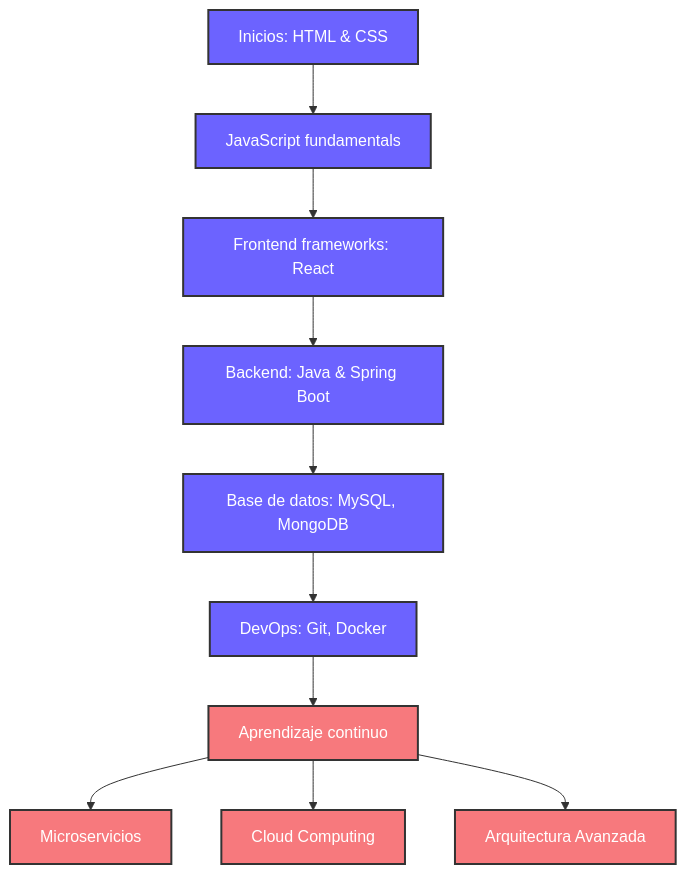
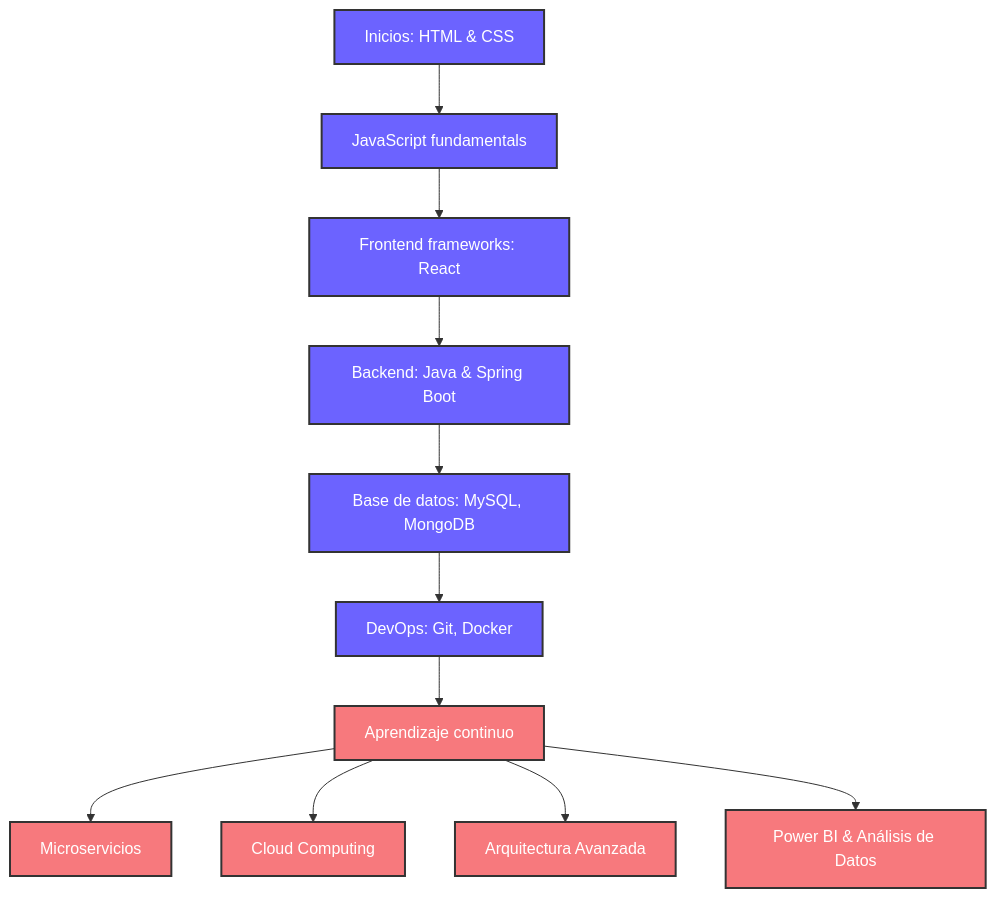
Before and after one commit to iivanrld/iivanrld: the diagram in README.md, drawn with Mermaid. The commit also changed other lines of this file, not shown here.

````diff
--- a/README.md
+++ b/README.md
@@ -177,23 +248,25 @@
 ```mermaid
 graph TD;
     A[Inicios: HTML & CSS] --> B[JavaScript fundamentals];
     B --> C[Frontend frameworks: React];
     C --> D[Backend: Java & Spring Boot];
     D --> E[Base de datos: MySQL, MongoDB];
     E --> F[DevOps: Git, Docker];
     F --> G[Aprendizaje continuo];
     G --> H[Microservicios];
     G --> I[Cloud Computing];
     G --> J[Arquitectura Avanzada];
+    G --> K[Power BI & Análisis de Datos];
     
     style A fill:#6C63FF,stroke:#333,stroke-width:2px,color:white
     style B fill:#6C63FF,stroke:#333,stroke-width:2px,color:white
     style C fill:#6C63FF,stroke:#333,stroke-width:2px,color:white
     style D fill:#6C63FF,stroke:#333,stroke-width:2px,color:white
     style E fill:#6C63FF,stroke:#333,stroke-width:2px,color:white
     style F fill:#6C63FF,stroke:#333,stroke-width:2px,color:white
     style G fill:#F7797D,stroke:#333,stroke-width:2px,color:white
     style H fill:#F7797D,stroke:#333,stroke-width:2px,color:white
     style I fill:#F7797D,stroke:#333,stroke-width:2px,color:white
     style J fill:#F7797D,stroke:#333,stroke-width:2px,color:white
+    style K fill:#F7797D,stroke:#333,stroke-width:2px,color:white
 ```
````
